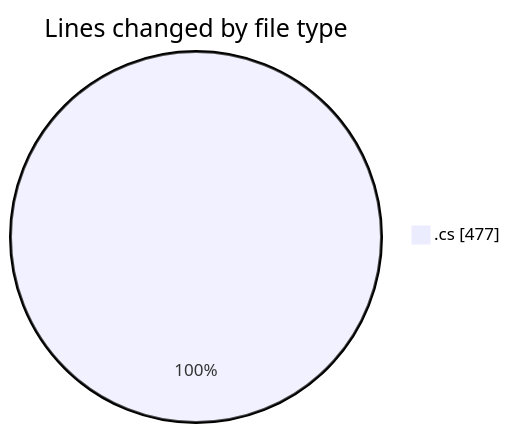
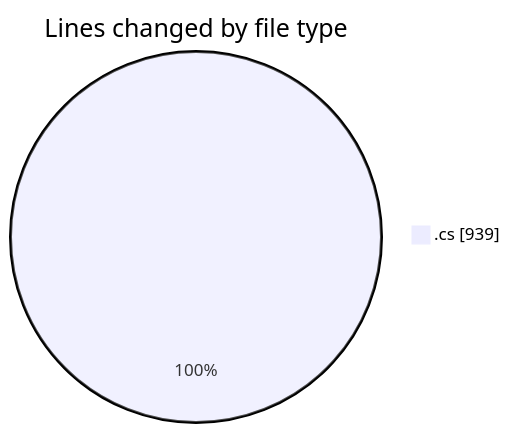
The first of 2 diagrams in 2025-04-06/back-end/README.md (Netris89/code-tracking), drawn with Mermaid before and after one commit. The commit also changed other lines of this file and 1 other file, not shown here.

````diff
--- a/2025-04-06/back-end/README.md
+++ b/2025-04-06/back-end/README.md
@@ -24,5 +25,5 @@
 ```mermaid
 pie showData
 title Lines changed by file type
-".cs" : 477
+".cs" : 939
 ```
````
